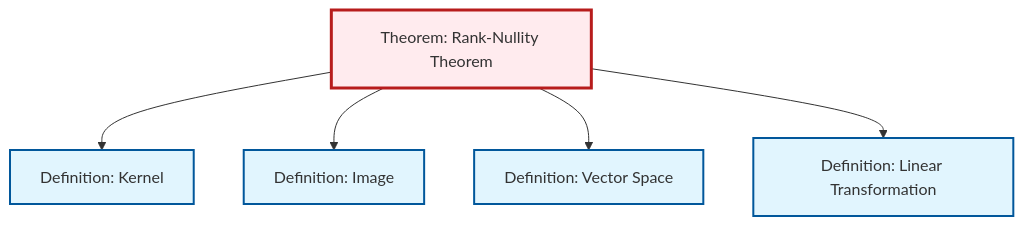
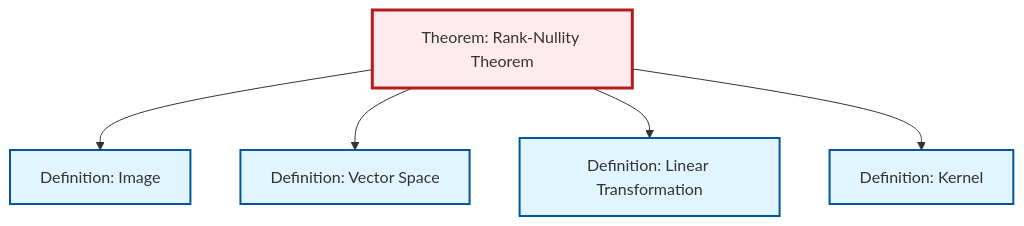
Before and after one commit to RK0429/ModernMath: the diagram in content/ja/algebra/thm-rank-nullity.qmd, drawn with Mermaid. The commit also changed other lines of this file and 615 other files, not shown here.

````diff
--- a/content/ja/algebra/thm-rank-nullity.qmd
+++ b/content/ja/algebra/thm-rank-nullity.qmd
@@ -56,23 +56,23 @@
 ```{mermaid}
 %%| fig-cap: "Local dependency graph"
 graph TD
     classDef definition fill:#e1f5fe,stroke:#01579b,stroke-width:2px
     classDef theorem fill:#f3e5f5,stroke:#4a148c,stroke-width:2px
     classDef axiom fill:#fff3e0,stroke:#e65100,stroke-width:2px
     classDef example fill:#e8f5e9,stroke:#1b5e20,stroke-width:2px
     classDef current fill:#ffebee,stroke:#b71c1c,stroke-width:3px
     def-image["Definition: Image"]:::definition
     def-linear-transformation["Definition: Linear Transformation"]:::definition
+    def-kernel["Definition: Kernel"]:::definition
+    thm-rank-nullity["Theorem: Rank-Nullity Theorem"]:::theorem
     def-vector-space["Definition: Vector Space"]:::definition
-    thm-rank-nullity["Theorem: Rank-Nullity Theorem"]:::theorem
-    def-kernel["Definition: Kernel"]:::definition
-    thm-rank-nullity --> def-kernel
     thm-rank-nullity --> def-image
     thm-rank-nullity --> def-vector-space
     thm-rank-nullity --> def-linear-transformation
+    thm-rank-nullity --> def-kernel
     class thm-rank-nullity current
     click def-image "def-image.html" "Definition: Imageへ"
     click def-linear-transformation "def-linear-transformation.html" "Definition: Linear Transformationへ"
+    click def-kernel "def-kernel.html" "Definition: Kernelへ"
     click def-vector-space "def-vector-space.html" "Definition: Vector Spaceへ"
-    click def-kernel "def-kernel.html" "Definition: Kernelへ"
 ```
````
